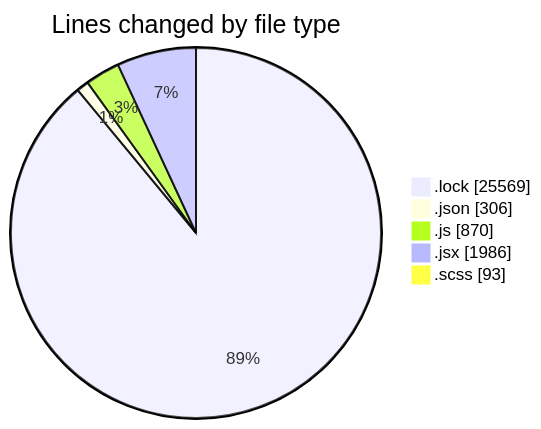
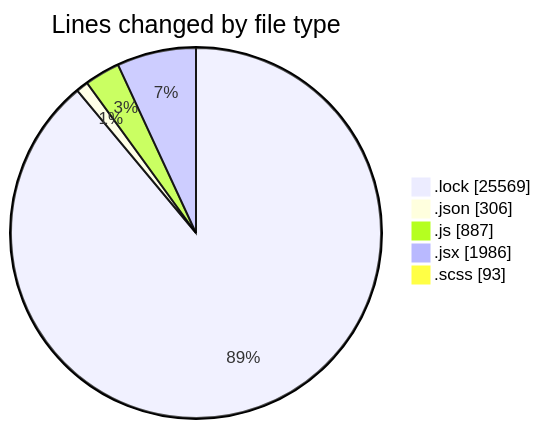
The first of 2 diagrams in 2026-01-07/cda/README.md (momahboobian/code-tracking), drawn with Mermaid before and after one commit. The commit also changed other lines of this file and 1 other file, not shown here.

````diff
--- a/2026-01-07/cda/README.md
+++ b/2026-01-07/cda/README.md
@@ -41,9 +41,9 @@
 ```mermaid
 pie showData
 title Lines changed by file type
 ".lock" : 25569
 ".json" : 306
-".js" : 870
+".js" : 887
 ".jsx" : 1986
 ".scss" : 93
 ```
````
